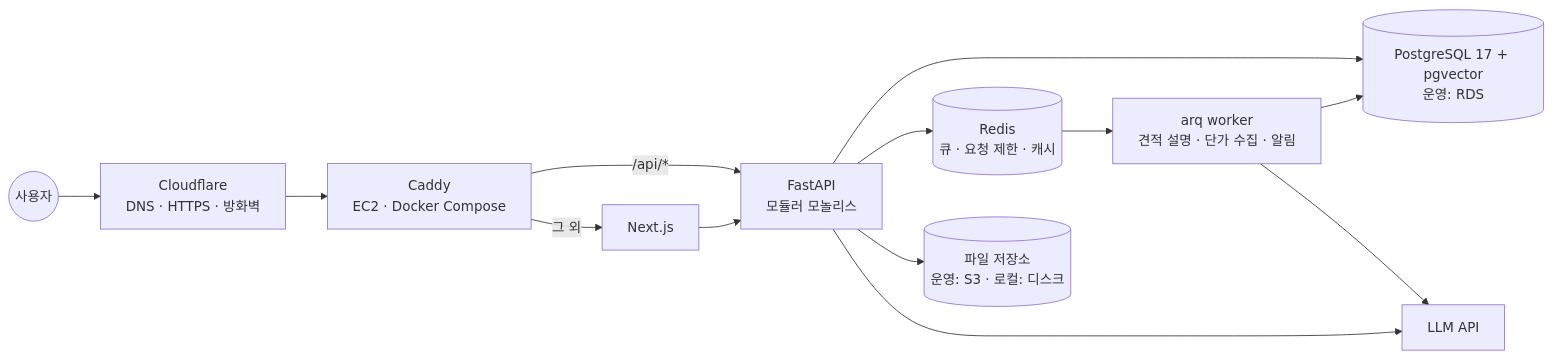
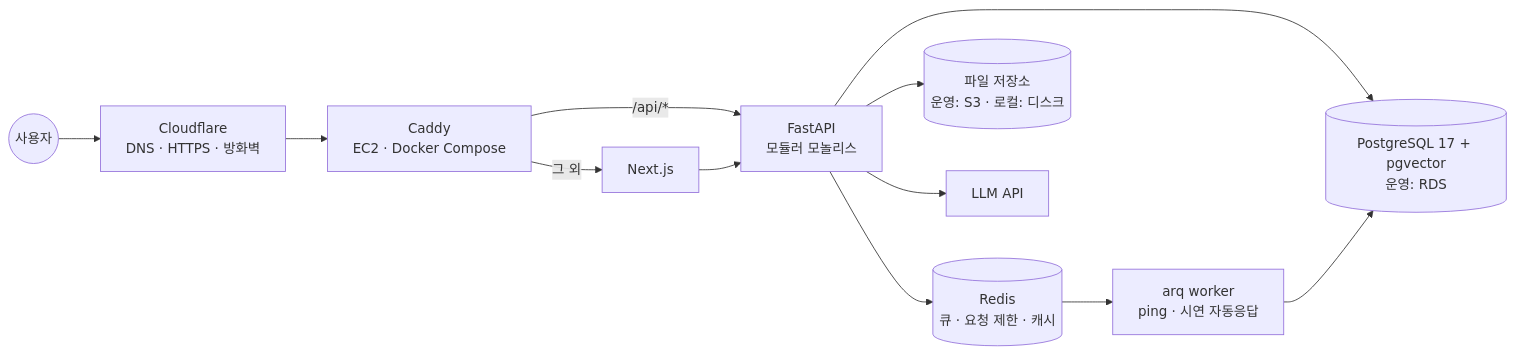
One commit to HyeongJjun/SKN34-FINAL-1TEAM changed the third of 3 diagrams in README.md. Above: the diagram before and after it, drawn with Mermaid. The commit also changed other lines of this file and 26 other files, not shown here.

````diff
--- a/README.md
+++ b/README.md
@@ -315,15 +311,14 @@
 ```mermaid
 flowchart LR
     User((사용자)) --> CF[Cloudflare<br/>DNS · HTTPS · 방화벽]
     CF --> Caddy[Caddy<br/>EC2 · Docker Compose]
     Caddy -->|/api/*| API[FastAPI<br/>모듈러 모놀리스]
     Caddy -->|그 외| Web[Next.js]
     Web --> API
     API --> PG[(PostgreSQL 17 + pgvector<br/>운영: RDS)]
     API --> Redis[(Redis<br/>큐 · 요청 제한 · 캐시)]
-    Redis --> Worker[arq worker<br/>견적 설명 · 단가 수집 · 알림]
+    Redis --> Worker[arq worker<br/>ping · 시연 자동응답]
     Worker --> PG
     API --> S3[(파일 저장소<br/>운영: S3 · 로컬: 디스크)]
     API --> LLM[LLM API]
-    Worker --> LLM
 ```
````
